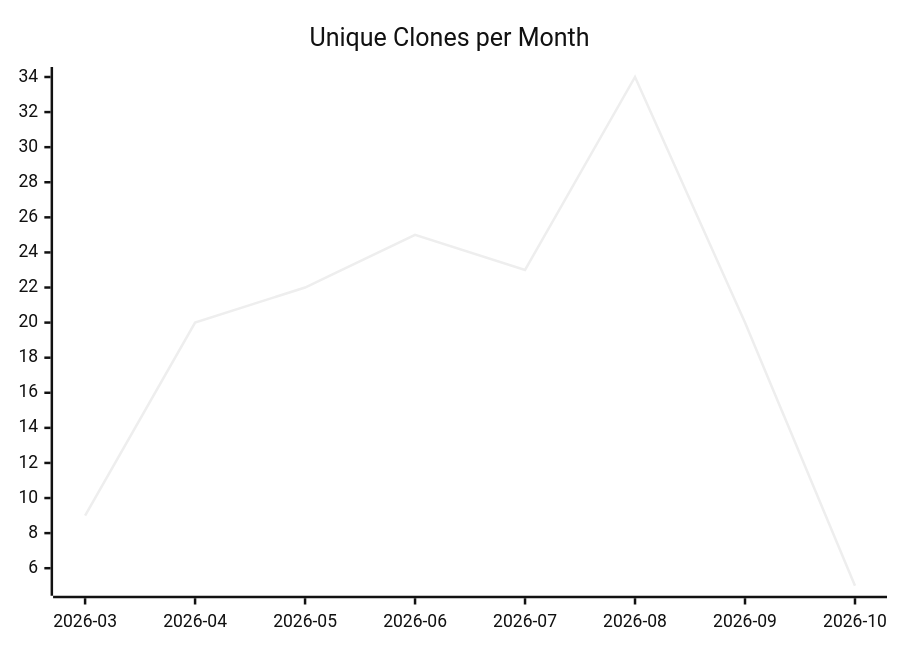
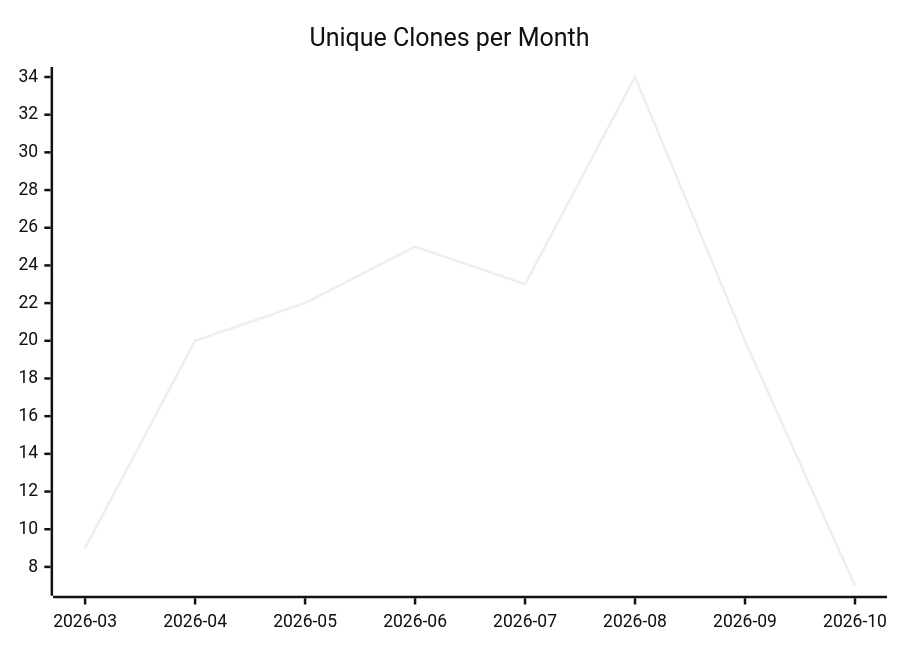
Before and after one commit to justdavis-family/github-analytics-data: the third of 3 diagrams in karlmdavis/kxml2/README.md, drawn with Mermaid (neutral theme). The commit also changed other lines of this file and 200 other files, not shown here.

````diff
--- a/karlmdavis/kxml2/README.md
+++ b/karlmdavis/kxml2/README.md
@@ -19,6 +19,6 @@
 ```mermaid
 xychart-beta
   title "Unique Clones per Month"
   x-axis ["2026-03", "2026-04", "2026-05", "2026-06", "2026-07", "2026-08", "2026-09", "2026-10"]
-  line [9, 20, 22, 25, 23, 34, 20, 5]
+  line [9, 20, 22, 25, 23, 34, 20, 7]
 ```
````
